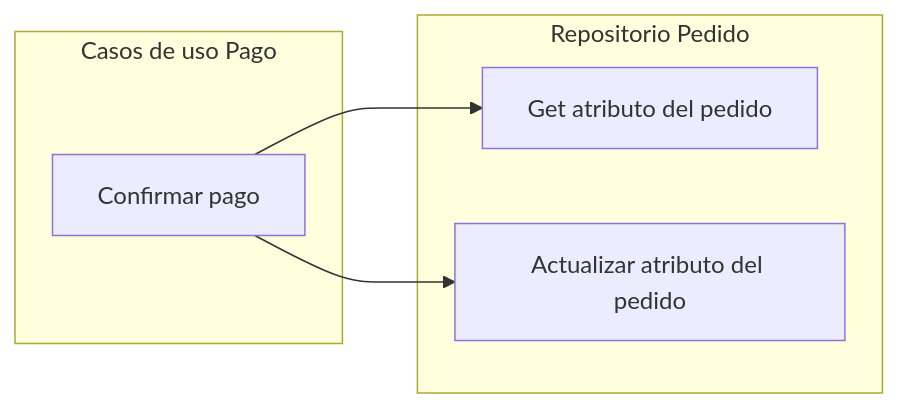
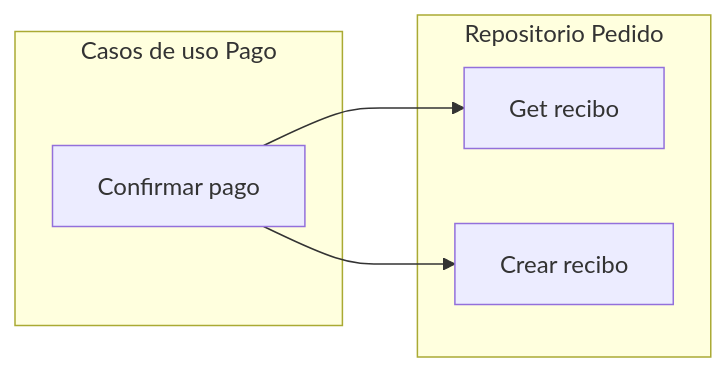
Diagram 16 of 16 in documentacion/requisitos/diagramas_de_flujo.md (pabenito/QRest), drawn with Mermaid before and after one commit. The commit also changed other lines of this file and 1 other file, not shown here.

Commit message:
respositorio de pedido actualizado para que no sea solo un crud

````diff
--- a/documentacion/requisitos/diagramas_de_flujo.md
+++ b/documentacion/requisitos/diagramas_de_flujo.md
@@ -364,11 +364,11 @@
 ```mermaid
 flowchart LR
     subgraph casos_de_uso_pago[Casos de uso Pago]
         confirmar_pago[Confirmar pago]
     end
     subgraph repositorio_pedido[Repositorio Pedido]
-        get_atributo_pedido[Get atributo del pedido]
-        actualizar_atributo_pedido[Actualizar atributo del pedido]
+        get_recibo[Get recibo]
+        crear_recibo[Crear recibo]
     end
-    confirmar_pago --> get_atributo_pedido & actualizar_atributo_pedido
+    confirmar_pago --> get_recibo & crear_recibo
 ```
````
